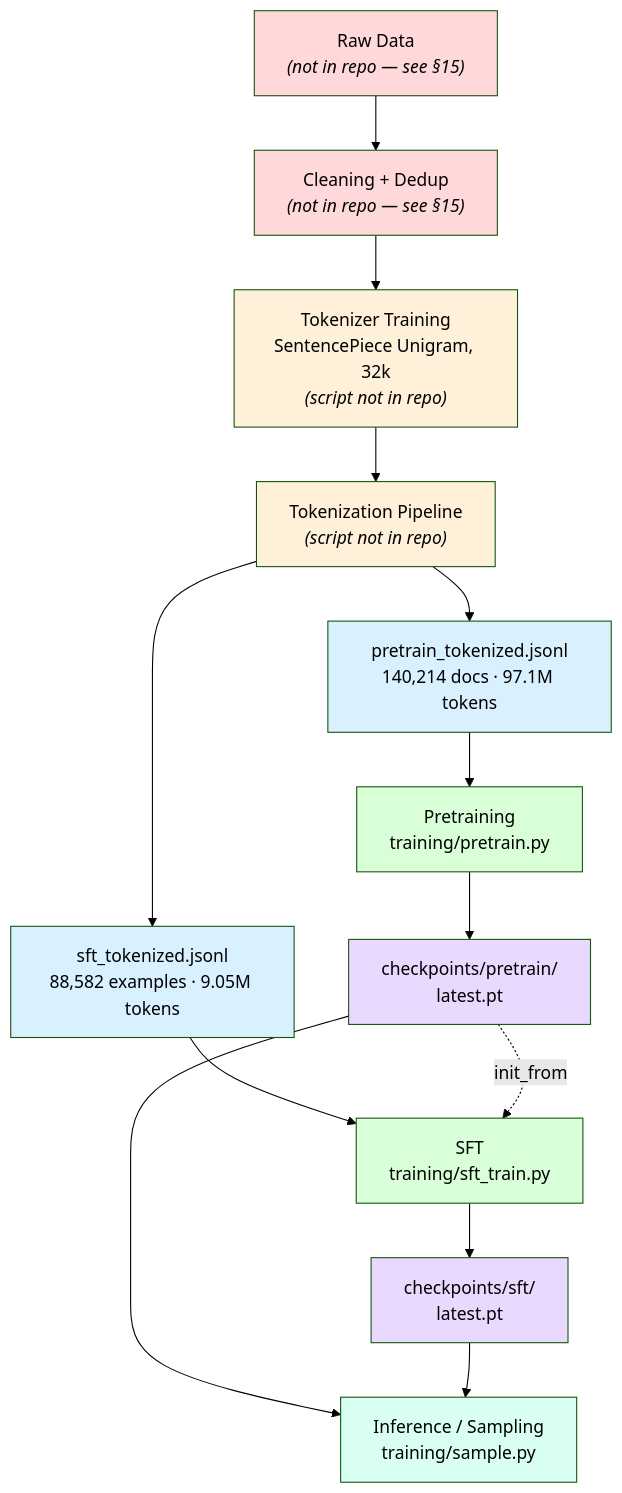
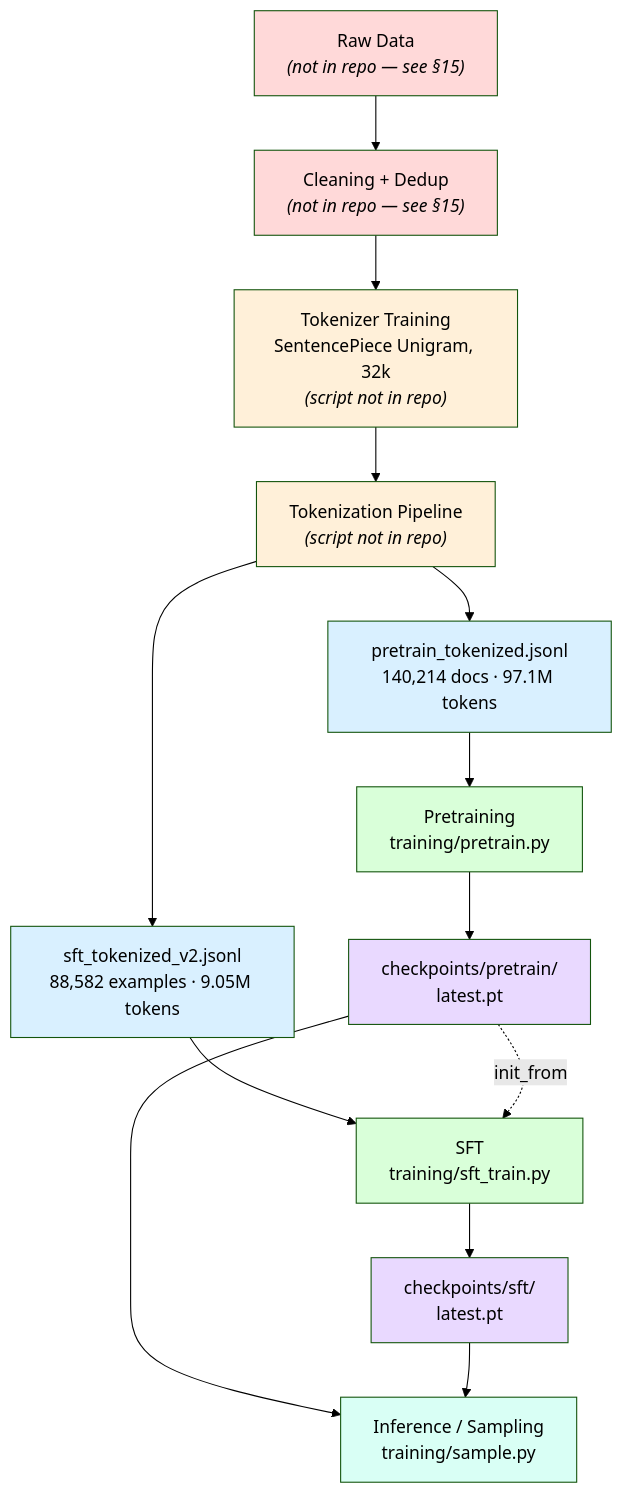
Before and after one commit to finantalapp/finantal-lm: the first of 8 diagrams in docs/TECHNICAL_DOCUMENTATION.md, drawn with Mermaid (forest theme). The commit also changed other lines of this file and 7 other files, not shown here.

````diff
--- a/docs/TECHNICAL_DOCUMENTATION.md
+++ b/docs/TECHNICAL_DOCUMENTATION.md
@@ -56,27 +56,27 @@
 ```mermaid
 flowchart TD
     A["Raw Data<br/><i>(not in repo — see §15)</i>"] --> B["Cleaning + Dedup<br/><i>(not in repo — see §15)</i>"]
     B --> C["Tokenizer Training<br/>SentencePiece Unigram, 32k<br/><i>(script not in repo)</i>"]
     C --> D["Tokenization Pipeline<br/><i>(script not in repo)</i>"]
     D --> E["pretrain_tokenized.jsonl<br/>140,214 docs · 97.1M tokens"]
-    D --> F["sft_tokenized.jsonl<br/>88,582 examples · 9.05M tokens"]
+    D --> F["sft_tokenized_v2.jsonl<br/>88,582 examples · 9.05M tokens"]
     E --> G["Pretraining<br/>training/pretrain.py"]
     F --> H["SFT<br/>training/sft_train.py"]
     G --> I["checkpoints/pretrain/<br/>latest.pt"]
     I -. init_from .-> H
     H --> J["checkpoints/sft/<br/>latest.pt"]
     I --> K["Inference / Sampling<br/>training/sample.py"]
     J --> K
 
     style A fill:#ffd9d9
     style B fill:#ffd9d9
     style C fill:#fff0d9
     style D fill:#fff0d9
     style E fill:#d9f0ff
     style F fill:#d9f0ff
     style G fill:#d9ffd9
     style H fill:#d9ffd9
     style I fill:#e9d9ff
     style J fill:#e9d9ff
     style K fill:#d9fff5
 ```
````
